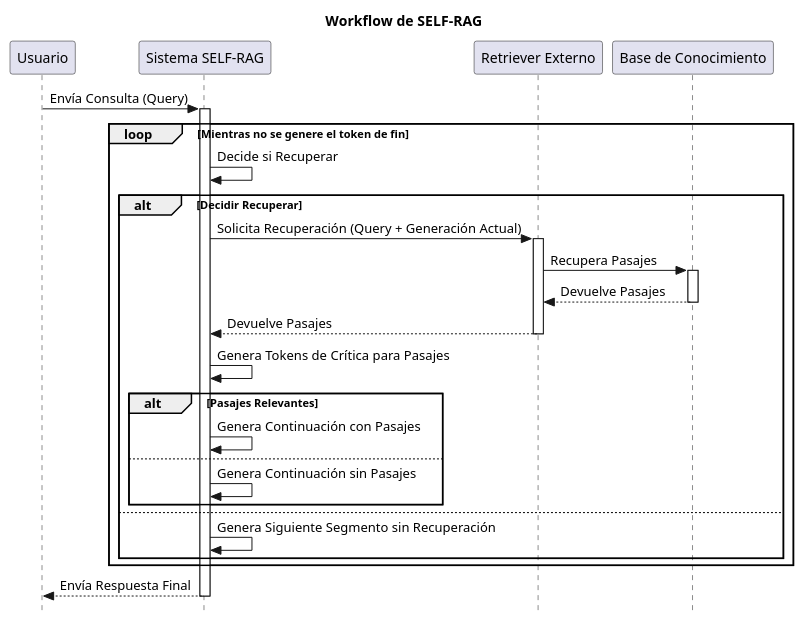
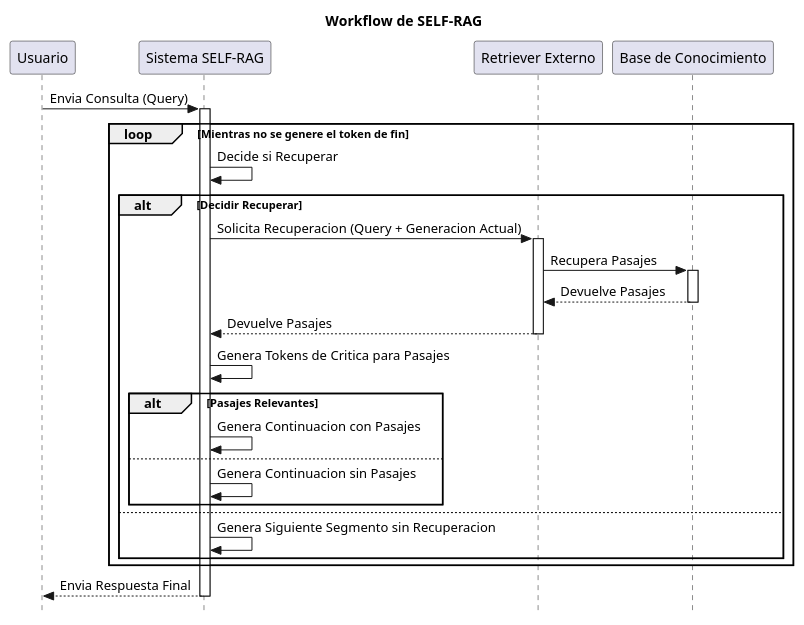
Before and after one commit to carloss4dv/langagent: the diagram in diagrams/self_rag.puml, drawn with PlantUML. The commit also changed 29 other files, not shown here.

```diff
--- a/diagrams/self_rag.puml
+++ b/diagrams/self_rag.puml
@@ -1,39 +1,39 @@
 @startuml
 skinparam style strictuml
 
 title Workflow de SELF-RAG
 
 participant "Usuario" as User
 participant "Sistema SELF-RAG" as SELFRAGSystem
 participant "Retriever Externo" as ExternalRetriever
 participant "Base de Conocimiento" as KnowledgeBase
 
-User -> SELFRAGSystem: Envía Consulta (Query)
+User -> SELFRAGSystem: Envia Consulta (Query)
 activate SELFRAGSystem
 
 loop Mientras no se genere el token de fin
     SELFRAGSystem -> SELFRAGSystem: Decide si Recuperar
     alt Decidir Recuperar
-        SELFRAGSystem -> ExternalRetriever: Solicita Recuperación (Query + Generación Actual)
+        SELFRAGSystem -> ExternalRetriever: Solicita Recuperacion (Query + Generacion Actual)
         activate ExternalRetriever
         ExternalRetriever -> KnowledgeBase: Recupera Pasajes
         activate KnowledgeBase
         KnowledgeBase --> ExternalRetriever: Devuelve Pasajes
         deactivate KnowledgeBase
         ExternalRetriever --> SELFRAGSystem: Devuelve Pasajes
         deactivate ExternalRetriever
-        SELFRAGSystem -> SELFRAGSystem: Genera Tokens de Crítica para Pasajes
+        SELFRAGSystem -> SELFRAGSystem: Genera Tokens de Critica para Pasajes
         alt Pasajes Relevantes
-            SELFRAGSystem -> SELFRAGSystem: Genera Continuación con Pasajes
+            SELFRAGSystem -> SELFRAGSystem: Genera Continuacion con Pasajes
         else
-            SELFRAGSystem -> SELFRAGSystem: Genera Continuación sin Pasajes
+            SELFRAGSystem -> SELFRAGSystem: Genera Continuacion sin Pasajes
         end
     else
-        SELFRAGSystem -> SELFRAGSystem: Genera Siguiente Segmento sin Recuperación
+        SELFRAGSystem -> SELFRAGSystem: Genera Siguiente Segmento sin Recuperacion
     end
 end
 
-SELFRAGSystem --> User: Envía Respuesta Final
+SELFRAGSystem --> User: Envia Respuesta Final
 deactivate SELFRAGSystem
 
 @enduml
```
